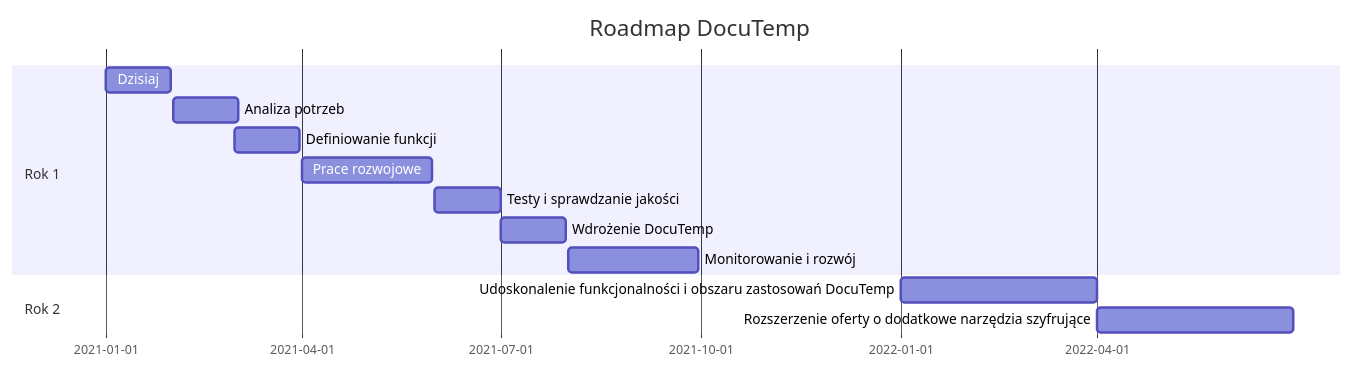
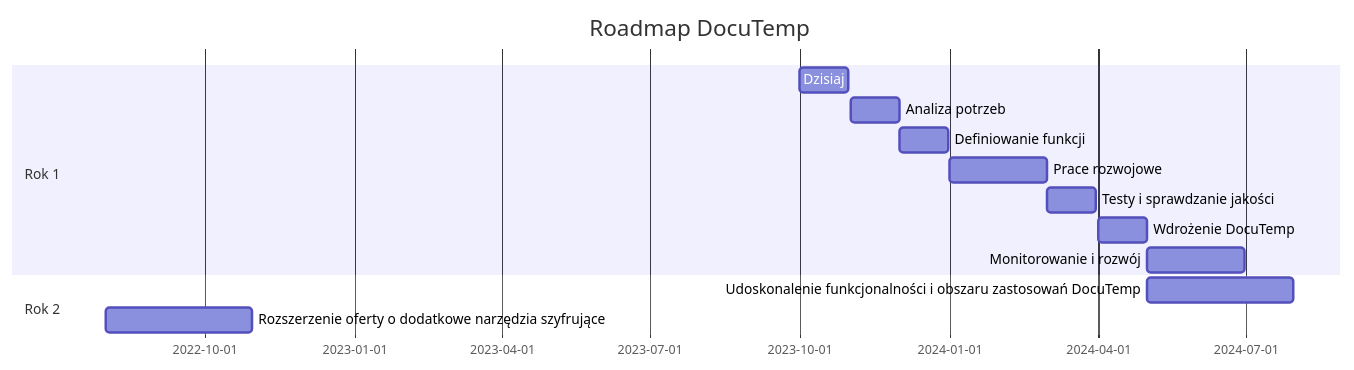
One commit to docutemp/docs changed the first of 2 diagrams in README.md. Above: the diagram before and after it, drawn with Mermaid.

````diff
--- a/README.md
+++ b/README.md
@@ -273,17 +273,17 @@
 ```mermaid
 gantt
   title Roadmap DocuTemp
   
   section Rok 1
-  Dzisiaj: 2021-01-01, 30d
-  Analiza potrzeb: 2021-02-01, 30d
-  Definiowanie funkcji: 2021-03-01, 30d
-  Prace rozwojowe: 2021-04-01, 60d
-  Testy i sprawdzanie jakości: 2021-06-01, 30d
-  Wdrożenie DocuTemp: 2021-07-01, 30d
-  Monitorowanie i rozwój: 2021-08-01, 60d
+  Dzisiaj: 2023-10-01, 30d
+  Analiza potrzeb: 2023-11-01, 30d
+  Definiowanie funkcji: 2023-12-01, 30d
+  Prace rozwojowe: 2024-01-01, 60d
+  Testy i sprawdzanie jakości: 2024-03-01, 30d
+  Wdrożenie DocuTemp: 2024-04-01, 30d
+  Monitorowanie i rozwój: 2024-05-01, 60d
   
   section Rok 2
-  Udoskonalenie funkcjonalności i obszaru zastosowań DocuTemp: 2022-01-01, 90d
-  Rozszerzenie oferty o dodatkowe narzędzia szyfrujące: 2022-04-01, 90d
+  Udoskonalenie funkcjonalności i obszaru zastosowań DocuTemp: 2024-5-01, 90d
+  Rozszerzenie oferty o dodatkowe narzędzia szyfrujące: 2022-08-01, 90d
 ```
````
